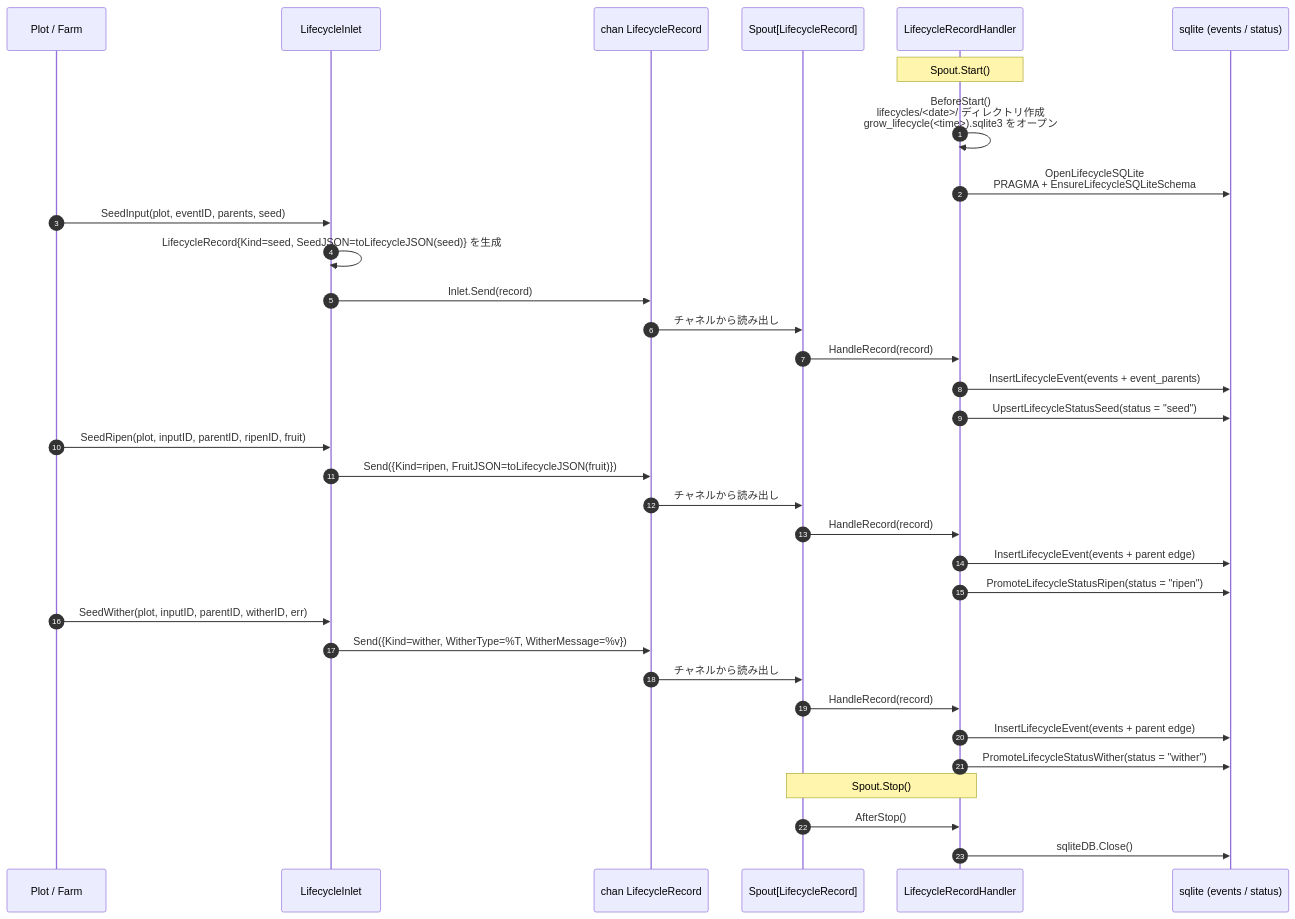
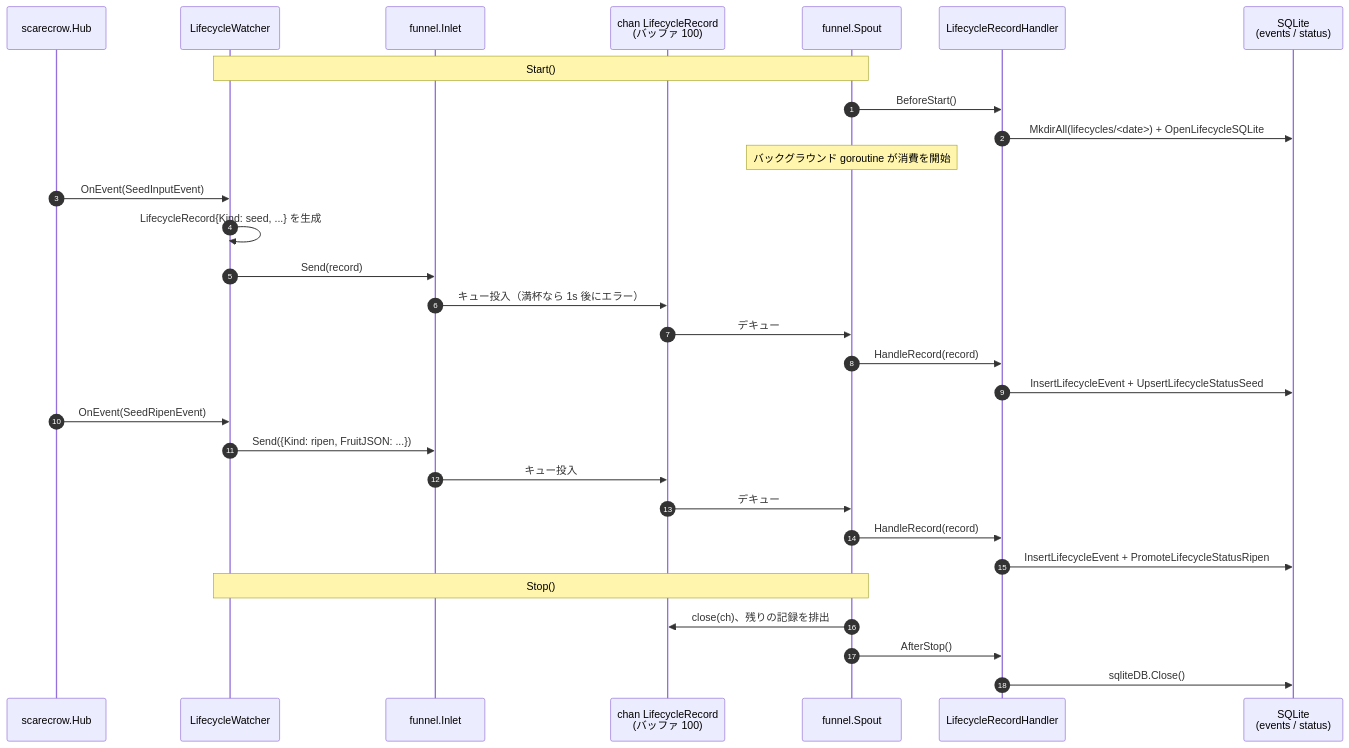
The diagram in docs/ja/pkg/persist/lifecycle.md (Mr-xiaotian/CelestialGrow), drawn with Mermaid before and after one commit. The commit also changed other lines of this file and 103 other files, not shown here.

````diff
--- a/docs/ja/pkg/persist/lifecycle.md
+++ b/docs/ja/pkg/persist/lifecycle.md
@@ -98,40 +112,36 @@
 ```mermaid
 sequenceDiagram
     autonumber
-    participant Caller as Plot / Farm
-    participant Inlet as LifecycleInlet
-    participant Ch as chan LifecycleRecord
-    participant Spout as Spout[LifecycleRecord]
-    participant Handler as LifecycleRecordHandler
-    participant DB as sqlite (events / status)
+    participant Hub as scarecrow.Hub
+    participant W as LifecycleWatcher
+    participant In as funnel.Inlet
+    participant Q as chan LifecycleRecord<br/>(バッファ 100)
+    participant Sp as funnel.Spout
+    participant H as LifecycleRecordHandler
+    participant DB as SQLite<br/>(events / status)
 
-    Note over Handler: Spout.Start()
-    Handler->>Handler: BeforeStart()<br/>lifecycles/<date>/ ディレクトリ作成<br/>grow_lifecycle(<time>).sqlite3 をオープン
-    Handler->>DB: OpenLifecycleSQLite<br/>PRAGMA + EnsureLifecycleSQLiteSchema
+    Note over W,Sp: Start()
+    Sp->>H: BeforeStart()
+    H->>DB: MkdirAll(lifecycles/<date>) + OpenLifecycleSQLite
+    Note over Sp: バックグラウンド goroutine が消費を開始
 
-    Caller->>Inlet: SeedInput(plot, eventID, parents, seed)
-    Inlet->>Inlet: LifecycleRecord{Kind=seed, SeedJSON=toLifecycleJSON(seed)} を生成
-    Inlet->>Ch: Inlet.Send(record)
-    Ch->>Spout: チャネルから読み出し
-    Spout->>Handler: HandleRecord(record)
-    Handler->>DB: InsertLifecycleEvent(events + event_parents)
-    Handler->>DB: UpsertLifecycleStatusSeed(status = "seed")
+    Hub->>W: OnEvent(SeedInputEvent)
+    W->>W: LifecycleRecord{Kind: seed, ...} を生成
+    W->>In: Send(record)
+    In->>Q: キュー投入（満杯なら 1s 後にエラー）
+    Q->>Sp: デキュー
+    Sp->>H: HandleRecord(record)
+    H->>DB: InsertLifecycleEvent + UpsertLifecycleStatusSeed
 
-    Caller->>Inlet: SeedRipen(plot, inputID, parentID, ripenID, fruit)
-    Inlet->>Ch: Send({Kind=ripen, FruitJSON=toLifecycleJSON(fruit)})
-    Ch->>Spout: チャネルから読み出し
-    Spout->>Handler: HandleRecord(record)
-    Handler->>DB: InsertLifecycleEvent(events + parent edge)
-    Handler->>DB: PromoteLifecycleStatusRipen(status = "ripen")
+    Hub->>W: OnEvent(SeedRipenEvent)
+    W->>In: Send({Kind: ripen, FruitJSON: ...})
+    In->>Q: キュー投入
+    Q->>Sp: デキュー
+    Sp->>H: HandleRecord(record)
+    H->>DB: InsertLifecycleEvent + PromoteLifecycleStatusRipen
 
-    Caller->>Inlet: SeedWither(plot, inputID, parentID, witherID, err)
-    Inlet->>Ch: Send({Kind=wither, WitherType=%T, WitherMessage=%v})
-    Ch->>Spout: チャネルから読み出し
-    Spout->>Handler: HandleRecord(record)
-    Handler->>DB: InsertLifecycleEvent(events + parent edge)
-    Handler->>DB: PromoteLifecycleStatusWither(status = "wither")
-
-    Note over Spout,Handler: Spout.Stop()
-    Spout->>Handler: AfterStop()
-    Handler->>DB: sqliteDB.Close()
+    Note over W,Sp: Stop()
+    Sp->>Q: close(ch)、残りの記録を排出
+    Sp->>H: AfterStop()
+    H->>DB: sqliteDB.Close()
 ```
````
